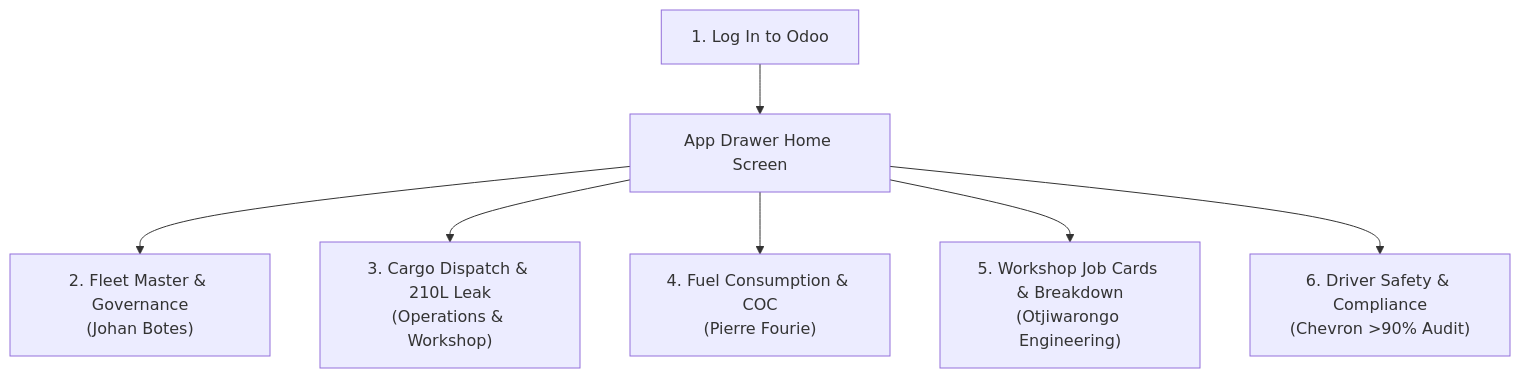
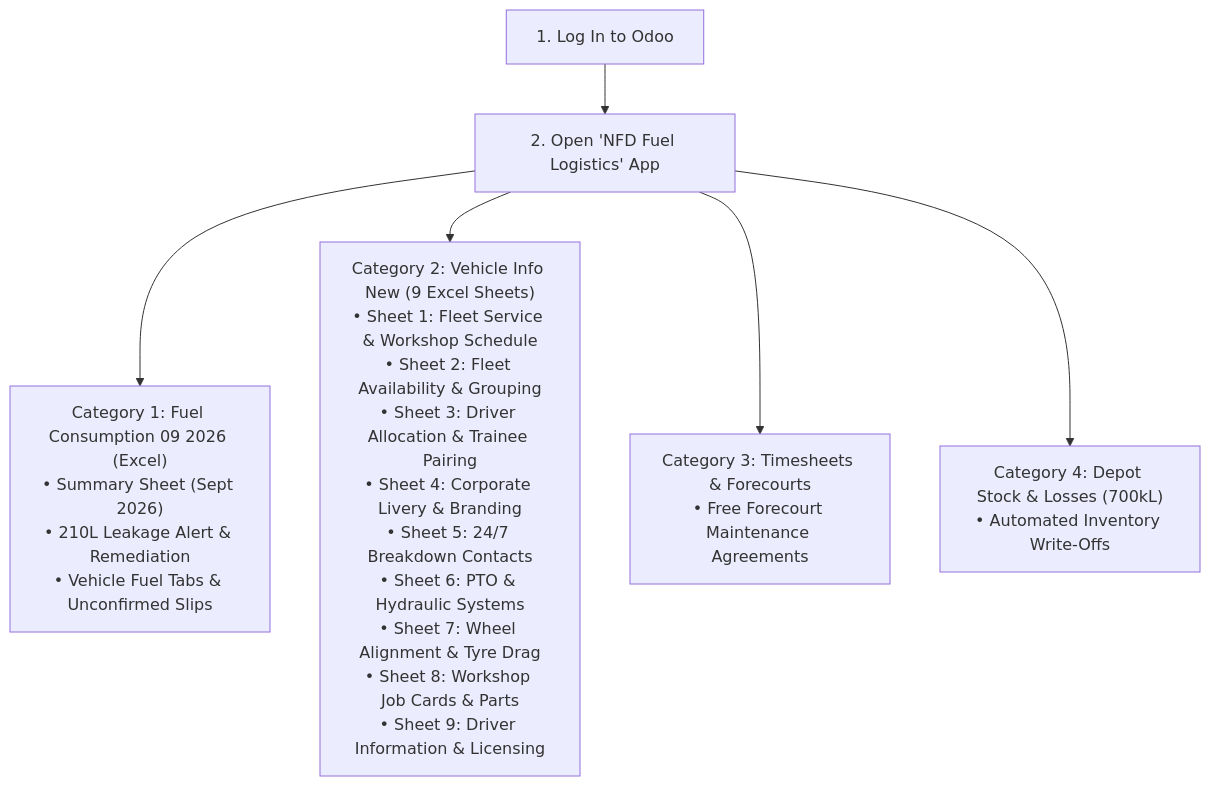
One commit to michaelnyirenda/NFDNAM changed the diagram in NFD_DEMO_SOP.md. Above: the diagram before and after it, drawn with Mermaid. The commit also changed other lines of this file and 10 other files, not shown here.

First line of the commit message:
feat(nfd): complete Excel-to-Odoo architecture mapping, dedicated views, and SOP

````diff
--- a/NFD_DEMO_SOP.md
+++ b/NFD_DEMO_SOP.md
@@ -84,9 +43,8 @@
 ```mermaid
 flowchart TD
-    Login["1. Log In to Odoo"] --> Home["App Drawer Home Screen"]
-    Home --> Fleet["2. Fleet Master & Governance\n(Johan Botes)"]
-    Home --> Dispatch["3. Cargo Dispatch & 210L Leak\n(Operations & Workshop)"]
-    Home --> Consumption["4. Fuel Consumption & COC\n(Pierre Fourie)"]
-    Home --> Workshop["5. Workshop Job Cards & Breakdown\n(Otjiwarongo Engineering)"]
-    Home --> HESMS["6. Driver Safety & Compliance\n(Chevron >90% Audit)"]
+    Login["1. Log In to Odoo"] --> AppSelect["2. Open 'NFD Fuel Logistics' App"]
+    AppSelect --> Cat1["Category 1: Fuel Consumption 09 2026 (Excel)\n• Summary Sheet (Sept 2026)\n• 210L Leakage Alert & Remediation\n• Vehicle Fuel Tabs & Unconfirmed Slips"]
+    AppSelect --> Cat2["Category 2: Vehicle Info New (9 Excel Sheets)\n• Sheet 1: Fleet Service & Workshop Schedule\n• Sheet 2: Fleet Availability & Grouping\n• Sheet 3: Driver Allocation & Trainee Pairing\n• Sheet 4: Corporate Livery & Branding\n• Sheet 5: 24/7 Breakdown Contacts\n• Sheet 6: PTO & Hydraulic Systems\n• Sheet 7: Wheel Alignment & Tyre Drag\n• Sheet 8: Workshop Job Cards & Parts\n• Sheet 9: Driver Information & Licensing"]
+    AppSelect --> Cat3["Category 3: Timesheets & Forecourts\n• Free Forecourt Maintenance Agreements"]
+    AppSelect --> Cat4["Category 4: Depot Stock & Losses (700kL)\n• Automated Inventory Write-Offs"]
 ```
````
